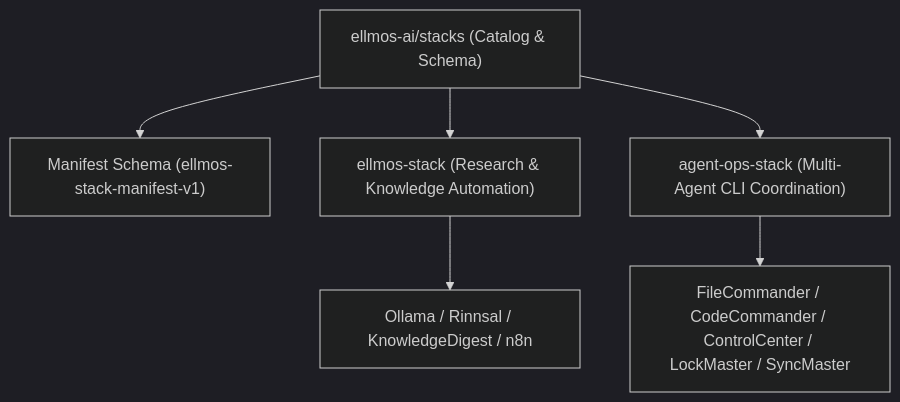
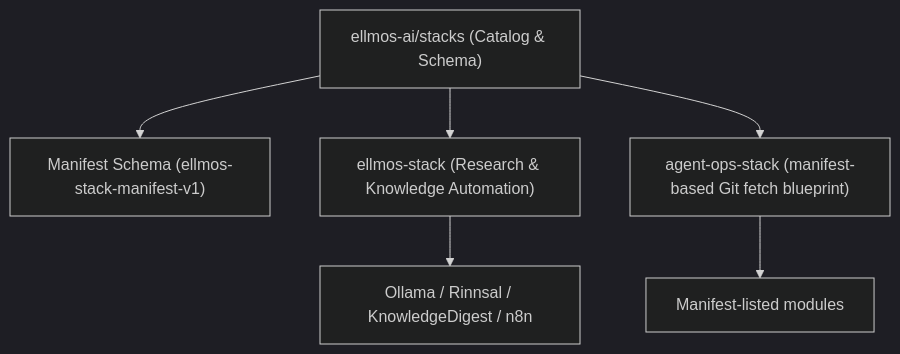
One commit to ellmos-ai/stacks changed the diagram in README.md. Above: the diagram before and after it, drawn with Mermaid (dark theme). The commit also changed other lines of this file and 2 other files, not shown here.

Commit message:
docs: scope agent-ops-stack catalog description

````diff
--- a/README.md
+++ b/README.md
@@ -39,9 +39,9 @@
 ```mermaid
 graph TD
     Catalog["ellmos-ai/stacks (Catalog & Schema)"] --> ManifestSpec["Manifest Schema (ellmos-stack-manifest-v1)"]
     Catalog --> Stack1["ellmos-stack (Research & Knowledge Automation)"]
-    Catalog --> Stack2["agent-ops-stack (Multi-Agent CLI Coordination)"]
+    Catalog --> Stack2["agent-ops-stack (manifest-based Git fetch blueprint)"]
     
     Stack1 --> M1["Ollama / Rinnsal / KnowledgeDigest / n8n"]
-    Stack2 --> M2["FileCommander / CodeCommander / ControlCenter / LockMaster / SyncMaster"]
+    Stack2 --> M2["Manifest-listed modules"]
 ```
````
